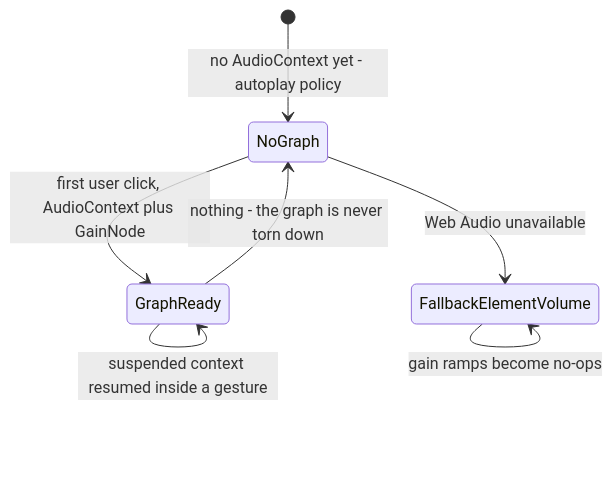
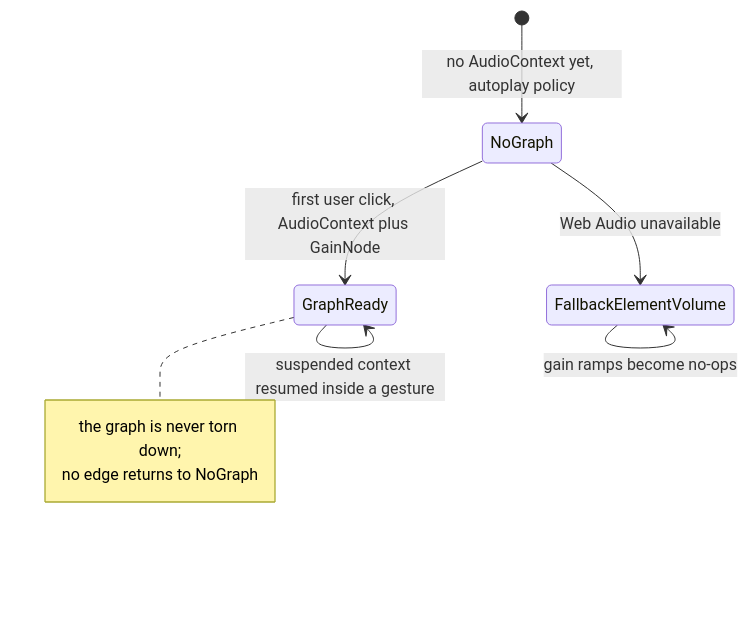
Diagram 20 of 46 in docu/state-machines.md (ghmer/rego-adventure), drawn with Mermaid before and after one commit. The commit also changed other lines of this file, not shown here.

````diff
--- a/docu/state-machines.md
+++ b/docu/state-machines.md
@@ -856,9 +679,12 @@
 ```mermaid
 stateDiagram-v2
-    [*] --> NoGraph : no AudioContext yet - autoplay policy
+    [*] --> NoGraph : no AudioContext yet, autoplay policy
     NoGraph --> GraphReady : first user click, AudioContext plus GainNode
     NoGraph --> FallbackElementVolume : Web Audio unavailable
     GraphReady --> GraphReady : suspended context resumed inside a gesture
-    GraphReady --> NoGraph : nothing - the graph is never torn down
     FallbackElementVolume --> FallbackElementVolume : gain ramps become no-ops
+    note right of GraphReady
+        the graph is never torn down;
+        no edge returns to NoGraph
+    end note
 ```
````
